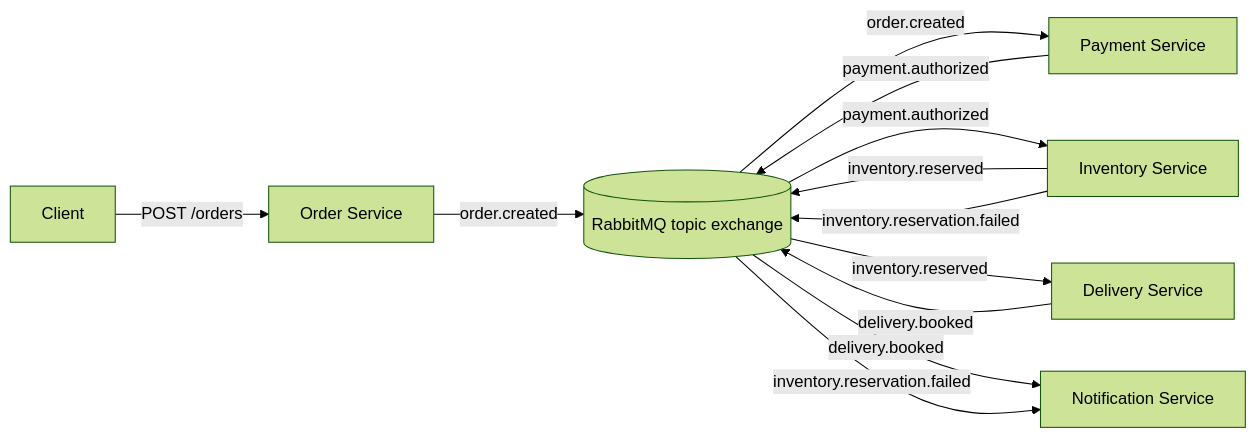
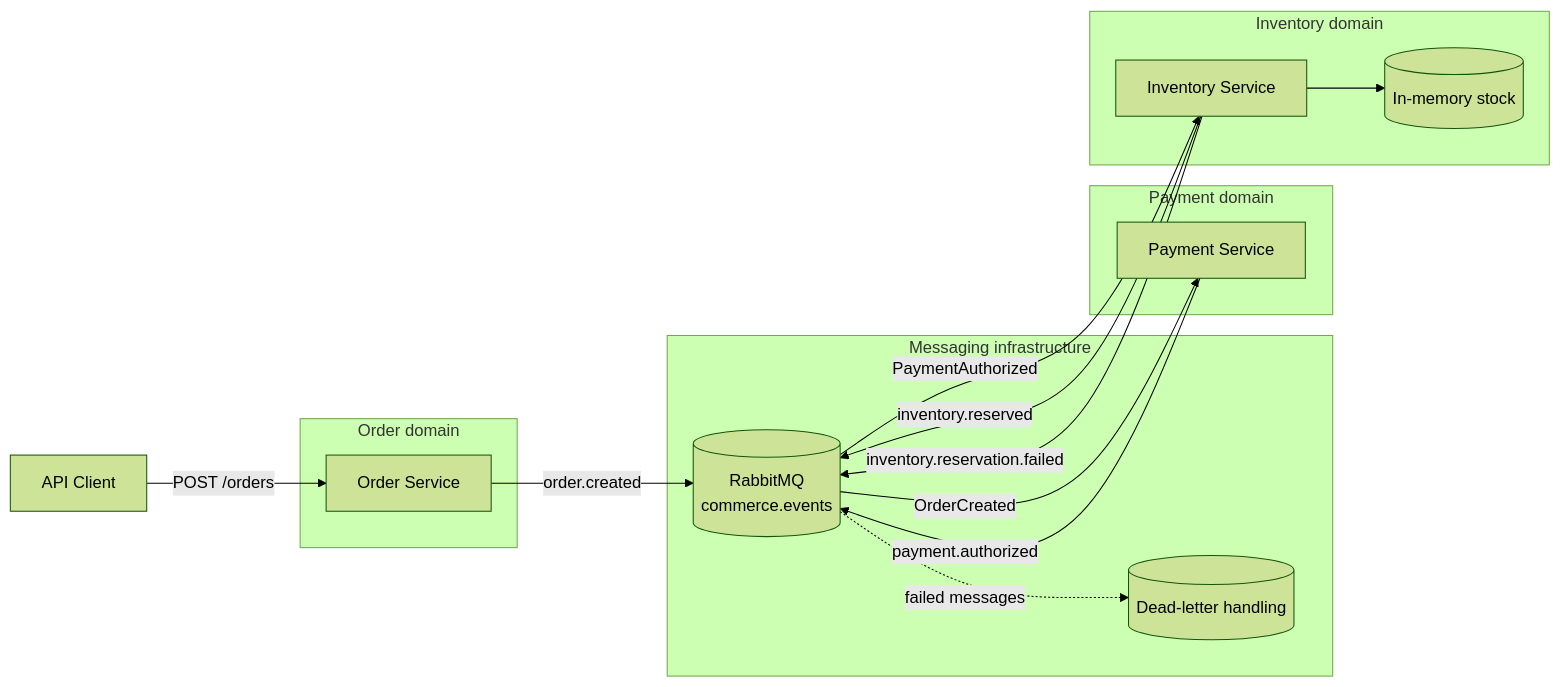
The first of 4 diagrams in README.md (kris7011/commerce-flow), drawn with Mermaid (forest theme) before and after one commit. The commit also changed other lines of this file, not shown here.

Commit message:
docs: redesign CommerceFlow README

````diff
--- a/README.md
+++ b/README.md
@@ -71,19 +85,36 @@
 ```mermaid
 flowchart LR
-    Client[Client] -->|POST /orders| Order[Order Service]
+    Client[API Client]
 
-    Order -->|order.created| RabbitMQ[(RabbitMQ topic exchange)]
+    subgraph OrderDomain[Order domain]
+        OrderService[Order Service]
+    end
 
-    RabbitMQ -->|order.created| Payment[Payment Service]
-    Payment -->|payment.authorized| RabbitMQ
+    subgraph Messaging[Messaging infrastructure]
+        Exchange[(RabbitMQ<br/>commerce.events)]
+        DeadLetter[(Dead-letter handling)]
+    end
 
-    RabbitMQ -->|payment.authorized| Inventory[Inventory Service]
-    Inventory -->|inventory.reserved| RabbitMQ
-    Inventory -->|inventory.reservation.failed| RabbitMQ
+    subgraph PaymentDomain[Payment domain]
+        PaymentService[Payment Service]
+    end
 
-    RabbitMQ -->|inventory.reserved| Delivery[Delivery Service]
-    Delivery -->|delivery.booked| RabbitMQ
+    subgraph InventoryDomain[Inventory domain]
+        InventoryService[Inventory Service]
+        Stock[(In-memory stock)]
+    end
 
-    RabbitMQ -->|delivery.booked| Notification[Notification Service]
-    RabbitMQ -->|inventory.reservation.failed| Notification
+    Client -->|POST /orders| OrderService
+
+    OrderService -->|order.created| Exchange
+    Exchange -->|OrderCreated| PaymentService
+
+    PaymentService -->|payment.authorized| Exchange
+    Exchange -->|PaymentAuthorized| InventoryService
+
+    InventoryService --> Stock
+    InventoryService -->|inventory.reserved| Exchange
+    InventoryService -->|inventory.reservation.failed| Exchange
+
+    Exchange -. failed messages .-> DeadLetter
 ```
````
